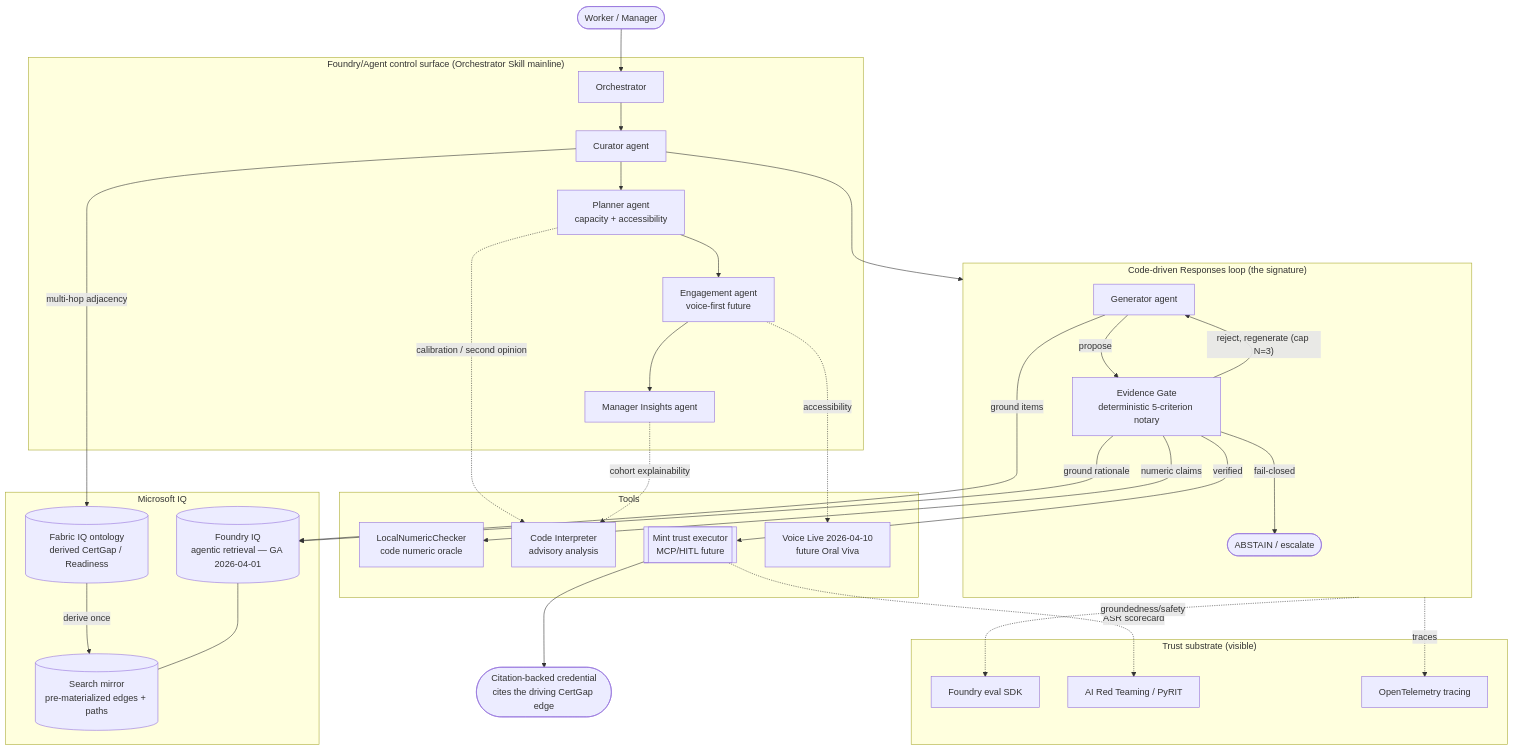
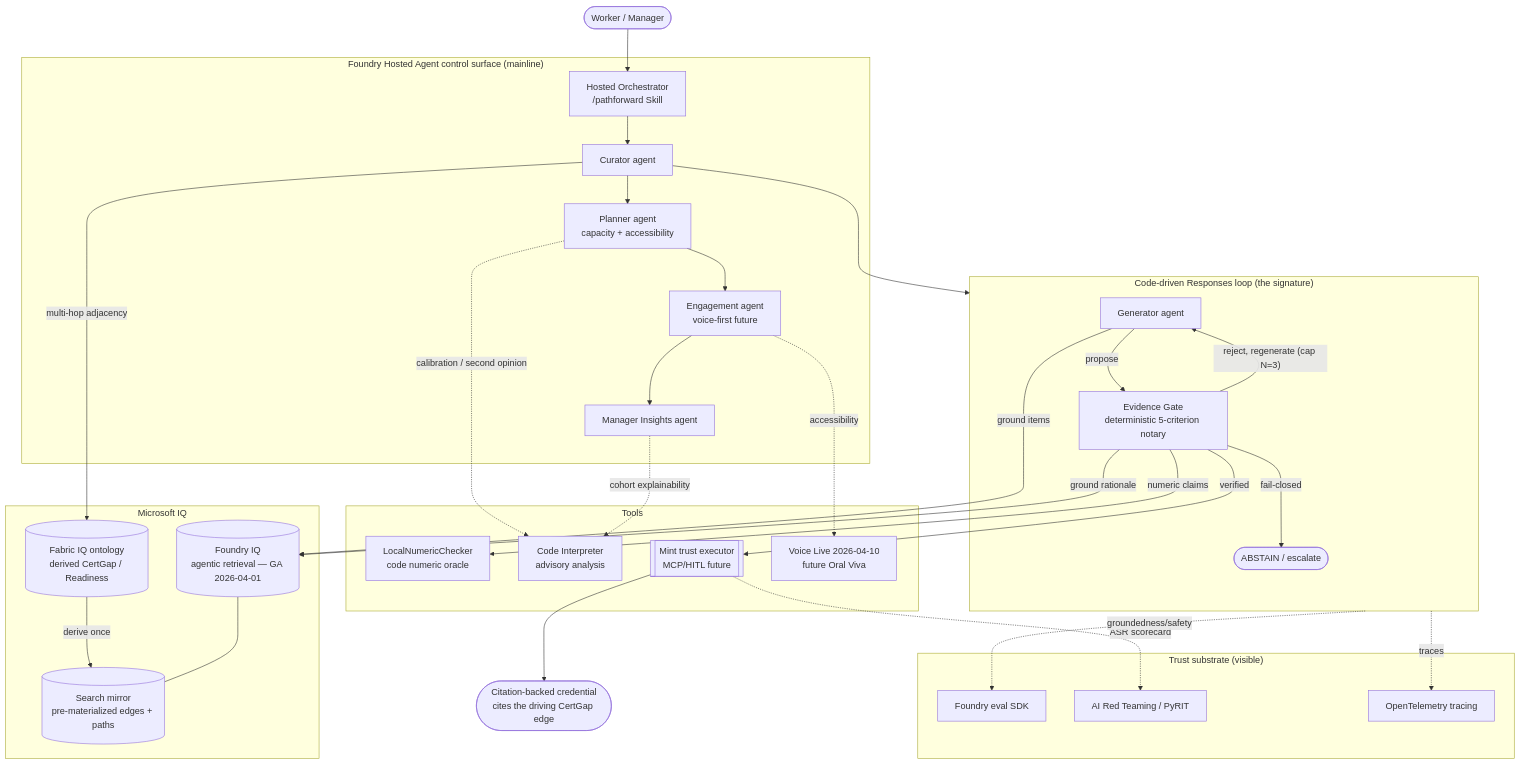
The diagram in ARCHITECTURE.md (semswitch/PathForward), drawn with Mermaid before and after one commit. The commit also changed other lines of this file and 15 other files, not shown here.

Commit message:
feat(hosted): add Foundry Hosted Orchestrator surface

````diff
--- a/ARCHITECTURE.md
+++ b/ARCHITECTURE.md
@@ -9,58 +9,58 @@
 ```mermaid
 flowchart TB
     user([Worker / Manager]) --> orch
 
-    subgraph WF["Foundry/Agent control surface (Orchestrator Skill mainline)"]
-        orch[Orchestrator]
+    subgraph WF["Foundry Hosted Agent control surface (mainline)"]
+        orch[Hosted Orchestrator\n/pathforward Skill]
         curator[Curator agent]
         planner[Planner agent\ncapacity + accessibility]
         engage[Engagement agent\nvoice-first future]
         insights[Manager Insights agent]
     end
 
     subgraph LOOP["Code-driven Responses loop (the signature)"]
         gen[Generator agent]
         ver[Evidence Gate\ndeterministic 5-criterion notary]
         gen -- propose --> ver
         ver -- reject, regenerate (cap N=3) --> gen
         ver -- fail-closed --> abstain([ABSTAIN / escalate])
     end
 
     curator --> LOOP
     orch --> curator --> planner --> engage --> insights
 
     subgraph IQ["Microsoft IQ"]
         fabric[(Fabric IQ ontology\nderived CertGap / Readiness)]
         foundryiq[(Foundry IQ\nagentic retrieval — GA 2026-04-01)]
         mirror[(Search mirror\npre-materialized edges + paths)]
     end
 
     curator -- multi-hop adjacency --> fabric
     fabric -- derive once --> mirror
     gen -- ground items --> foundryiq
     ver -- ground rationale --> foundryiq
     foundryiq --- mirror
 
     subgraph TOOLS["Tools"]
         num[LocalNumericChecker\ncode numeric oracle]
         code[Code Interpreter\nadvisory analysis]
         mint[[Mint trust executor\nMCP/HITL future]]
         voice[Voice Live 2026-04-10\nfuture Oral Viva]
     end
 
     ver -- numeric claims --> num
     planner -. calibration / second opinion .-> code
     insights -. cohort explainability .-> code
     ver -- verified --> mint
     mint --> cred([Citation-backed credential\ncites the driving CertGap edge])
     engage -. accessibility .-> voice
 
     subgraph OBS["Trust substrate (visible)"]
         evals[Foundry eval SDK]
         redteam[AI Red Teaming / PyRIT]
         otel[OpenTelemetry tracing]
     end
     LOOP -. traces .-> otel
     LOOP -. groundedness/safety .-> evals
     mint -. ASR scorecard .-> redteam
 ```
````
